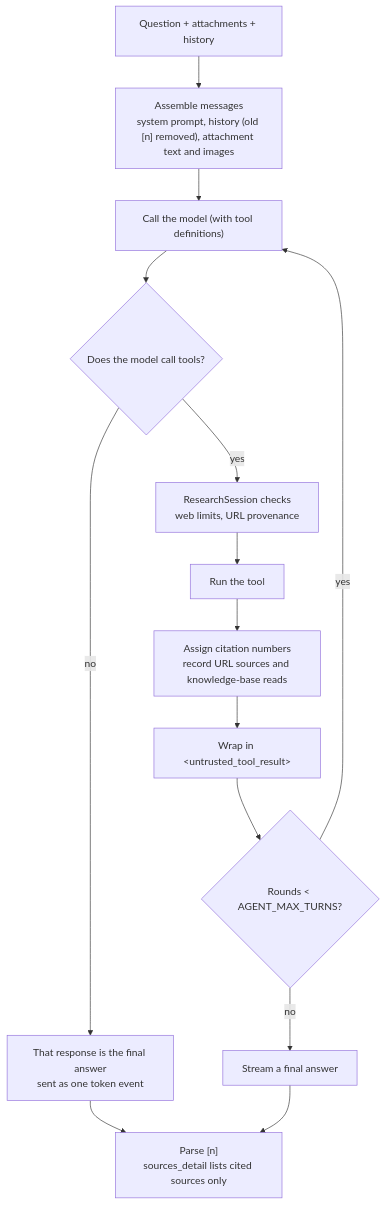
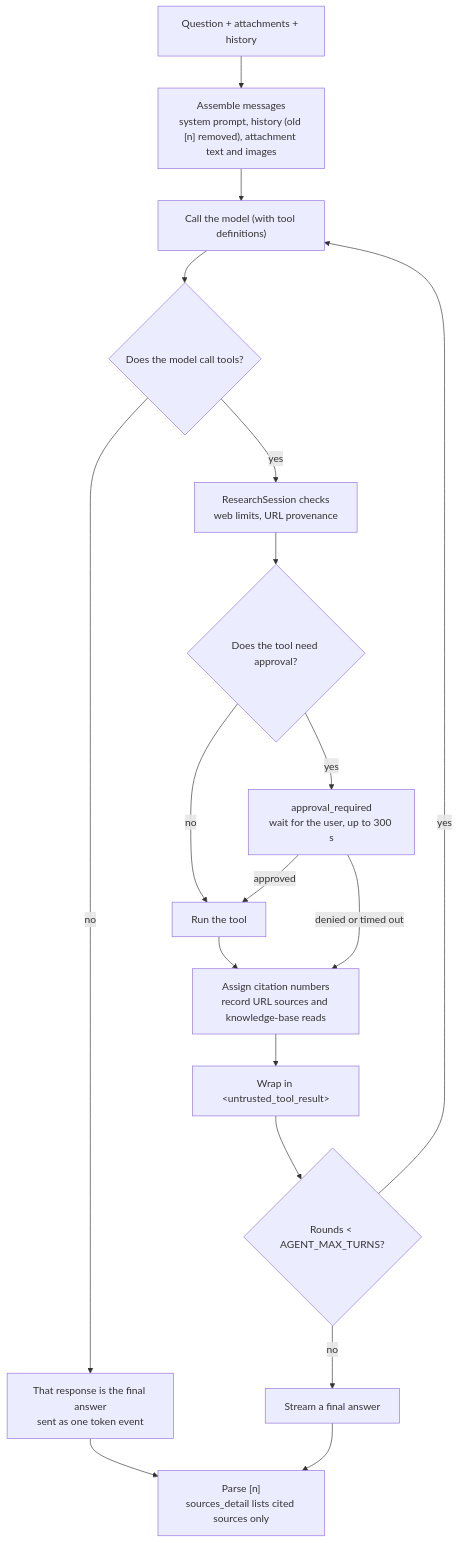
The sixth of 9 diagrams in docs/architecture_en.md (Scorpio-meow/AskMiao), drawn with Mermaid before and after one commit. The commit also changed other lines of this file and 84 other files, not shown here.

````diff
--- a/docs/architecture_en.md
+++ b/docs/architecture_en.md
@@ -334,15 +341,19 @@
 ```mermaid
 flowchart TB
     Q["Question + attachments + history"] --> Build["Assemble messages<br/>system prompt, history (old [n] removed), attachment text and images"]
     Build --> Call["Call the model (with tool definitions)"]
     Call --> HasTools{"Does the model call tools?"}
     HasTools -->|no| Answer["That response is the final answer<br/>sent as one token event"]
     HasTools -->|yes| Check["ResearchSession checks<br/>web limits, URL provenance"]
-    Check --> Exec["Run the tool"]
+    Check --> Approve{"Does the tool need approval?"}
+    Approve -->|no| Exec["Run the tool"]
+    Approve -->|yes| Ask["approval_required<br/>wait for the user, up to 300 s"]
+    Ask -->|approved| Exec
+    Ask -->|denied or timed out| Record
     Exec --> Record["Assign citation numbers<br/>record URL sources and knowledge-base reads"]
     Record --> Wrap["Wrap in &lt;untrusted_tool_result&gt;"]
     Wrap --> More{"Rounds < AGENT_MAX_TURNS?"}
     More -->|yes| Call
     More -->|no| Stream["Stream a final answer"]
     Answer & Stream --> Cite["Parse [n]<br/>sources_detail lists cited sources only"]
 ```
````
